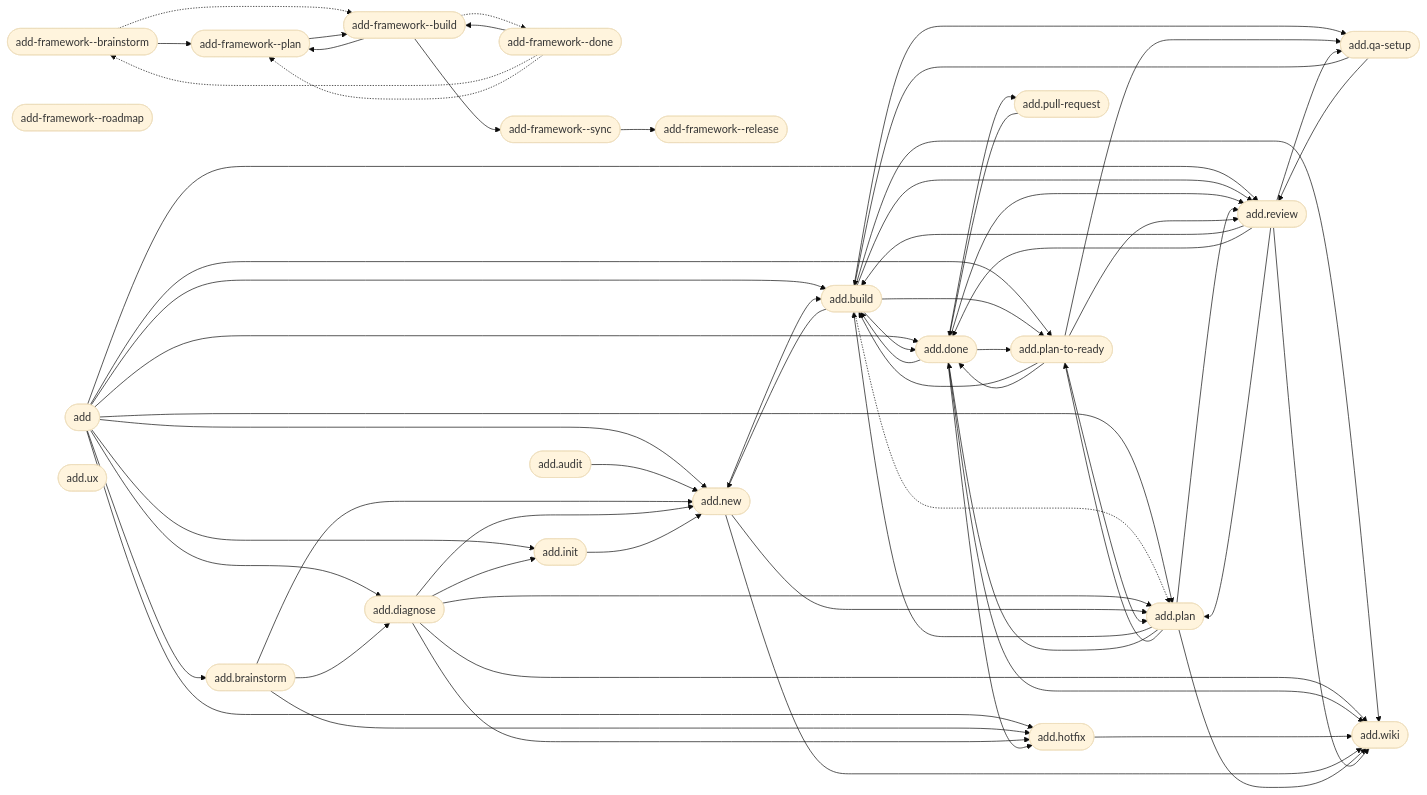
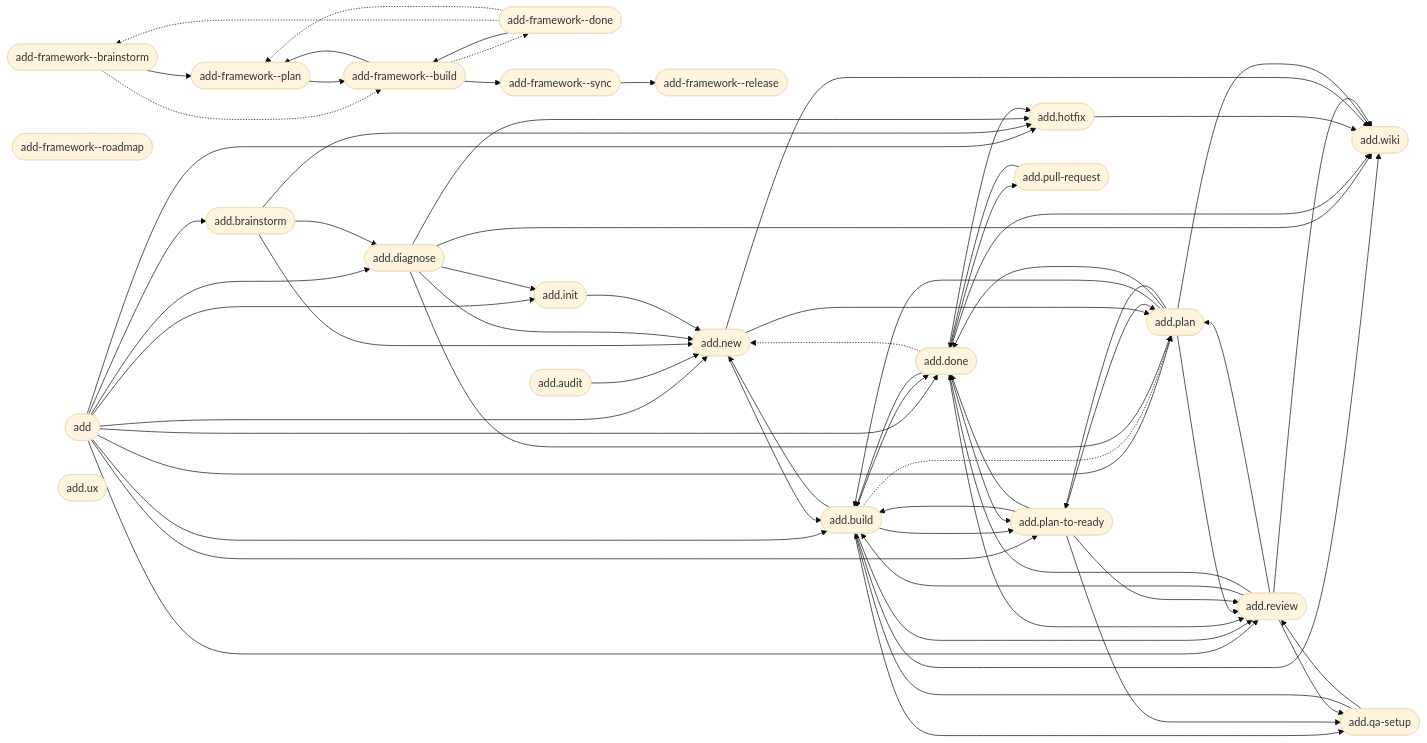
One commit to brabos-ai/code-addiction changed the diagram in web/public/artefact-graph.mmd. Above: the diagram before and after it, drawn with Mermaid (base theme). The commit also changed 58 other files, not shown here.

First line of the commit message:
feat: a typed knowledge graph over delivered documents, served by one MCP over two corpora (#56)

```diff
--- a/web/public/artefact-graph.mmd
+++ b/web/public/artefact-graph.mmd
@@ -1,89 +1,90 @@
 flowchart LR
     n_internal_command_add_framework__brainstorm(["add-framework--brainstorm"])
     n_internal_command_add_framework__build(["add-framework--build"])
     n_internal_command_add_framework__done(["add-framework--done"])
     n_internal_command_add_framework__plan(["add-framework--plan"])
     n_internal_command_add_framework__release(["add-framework--release"])
     n_internal_command_add_framework__roadmap(["add-framework--roadmap"])
     n_internal_command_add_framework__sync(["add-framework--sync"])
     n_product_command_add(["add"])
     n_product_command_add_audit(["add.audit"])
     n_product_command_add_brainstorm(["add.brainstorm"])
     n_product_command_add_build(["add.build"])
     n_product_command_add_diagnose(["add.diagnose"])
     n_product_command_add_done(["add.done"])
     n_product_command_add_hotfix(["add.hotfix"])
     n_product_command_add_init(["add.init"])
     n_product_command_add_new(["add.new"])
     n_product_command_add_plan(["add.plan"])
     n_product_command_add_plan_to_ready(["add.plan-to-ready"])
     n_product_command_add_pull_request(["add.pull-request"])
     n_product_command_add_qa_setup(["add.qa-setup"])
     n_product_command_add_review(["add.review"])
     n_product_command_add_ux(["add.ux"])
     n_product_command_add_wiki(["add.wiki"])
     n_internal_command_add_framework__brainstorm --> n_internal_command_add_framework__plan
     n_internal_command_add_framework__brainstorm -.-> n_internal_command_add_framework__build
     n_internal_command_add_framework__build --> n_internal_command_add_framework__plan
     n_internal_command_add_framework__build --> n_internal_command_add_framework__sync
     n_internal_command_add_framework__build -.-> n_internal_command_add_framework__done
     n_internal_command_add_framework__done --> n_internal_command_add_framework__build
     n_internal_command_add_framework__done -.-> n_internal_command_add_framework__brainstorm
     n_internal_command_add_framework__done -.-> n_internal_command_add_framework__plan
     n_internal_command_add_framework__plan --> n_internal_command_add_framework__build
     n_internal_command_add_framework__sync --> n_internal_command_add_framework__release
     n_product_command_add --> n_product_command_add_brainstorm
     n_product_command_add --> n_product_command_add_build
     n_product_command_add --> n_product_command_add_diagnose
     n_product_command_add --> n_product_command_add_done
     n_product_command_add --> n_product_command_add_hotfix
     n_product_command_add --> n_product_command_add_init
     n_product_command_add --> n_product_command_add_new
     n_product_command_add --> n_product_command_add_plan
     n_product_command_add --> n_product_command_add_plan_to_ready
     n_product_command_add --> n_product_command_add_review
     n_product_command_add_audit --> n_product_command_add_new
     n_product_command_add_brainstorm --> n_product_command_add_diagnose
     n_product_command_add_brainstorm --> n_product_command_add_hotfix
     n_product_command_add_brainstorm --> n_product_command_add_new
     n_product_command_add_build --> n_product_command_add_done
     n_product_command_add_build --> n_product_command_add_new
     n_product_command_add_build --> n_product_command_add_plan_to_ready
     n_product_command_add_build --> n_product_command_add_qa_setup
     n_product_command_add_build --> n_product_command_add_review
     n_product_command_add_build --> n_product_command_add_wiki
     n_product_command_add_build -.-> n_product_command_add_plan
     n_product_command_add_diagnose --> n_product_command_add_hotfix
     n_product_command_add_diagnose --> n_product_command_add_init
     n_product_command_add_diagnose --> n_product_command_add_new
     n_product_command_add_diagnose --> n_product_command_add_plan
     n_product_command_add_diagnose --> n_product_command_add_wiki
     n_product_command_add_done --> n_product_command_add_build
     n_product_command_add_done --> n_product_command_add_hotfix
     n_product_command_add_done --> n_product_command_add_plan_to_ready
     n_product_command_add_done --> n_product_command_add_pull_request
     n_product_command_add_done --> n_product_command_add_review
     n_product_command_add_done --> n_product_command_add_wiki
+    n_product_command_add_done -.-> n_product_command_add_new
     n_product_command_add_hotfix --> n_product_command_add_wiki
     n_product_command_add_init --> n_product_command_add_new
     n_product_command_add_new --> n_product_command_add_build
     n_product_command_add_new --> n_product_command_add_plan
     n_product_command_add_new --> n_product_command_add_wiki
     n_product_command_add_plan --> n_product_command_add_build
     n_product_command_add_plan --> n_product_command_add_done
     n_product_command_add_plan --> n_product_command_add_plan_to_ready
     n_product_command_add_plan --> n_product_command_add_review
     n_product_command_add_plan --> n_product_command_add_wiki
     n_product_command_add_plan_to_ready --> n_product_command_add_build
     n_product_command_add_plan_to_ready --> n_product_command_add_done
     n_product_command_add_plan_to_ready --> n_product_command_add_plan
     n_product_command_add_plan_to_ready --> n_product_command_add_qa_setup
     n_product_command_add_plan_to_ready --> n_product_command_add_review
     n_product_command_add_pull_request --> n_product_command_add_done
     n_product_command_add_qa_setup --> n_product_command_add_build
     n_product_command_add_qa_setup --> n_product_command_add_review
     n_product_command_add_review --> n_product_command_add_build
     n_product_command_add_review --> n_product_command_add_done
     n_product_command_add_review --> n_product_command_add_plan
     n_product_command_add_review --> n_product_command_add_qa_setup
     n_product_command_add_review --> n_product_command_add_wiki
```
